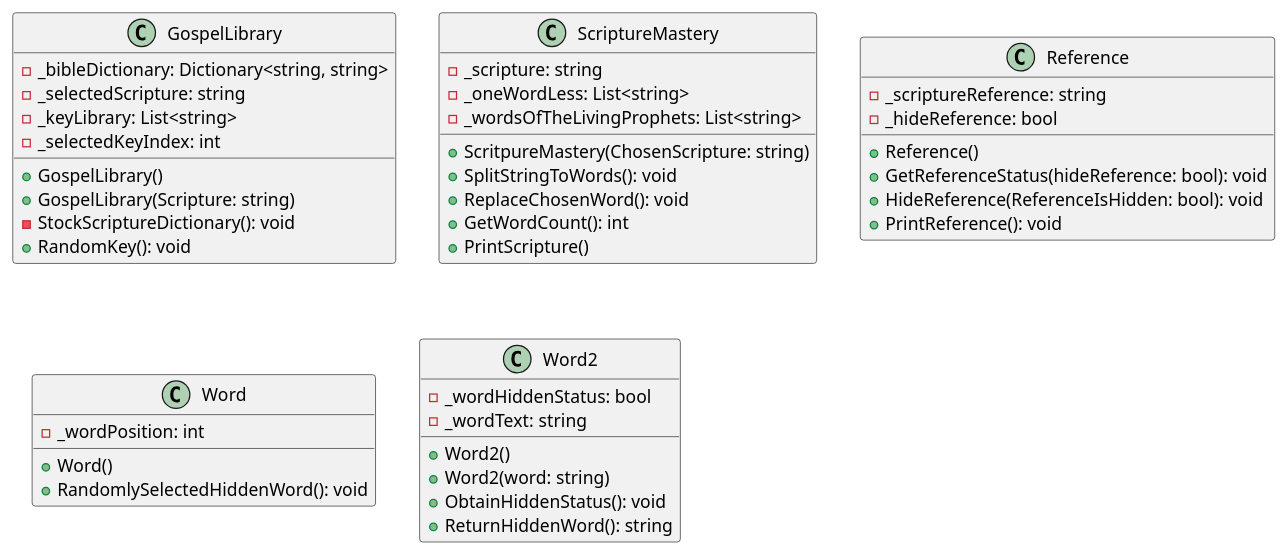
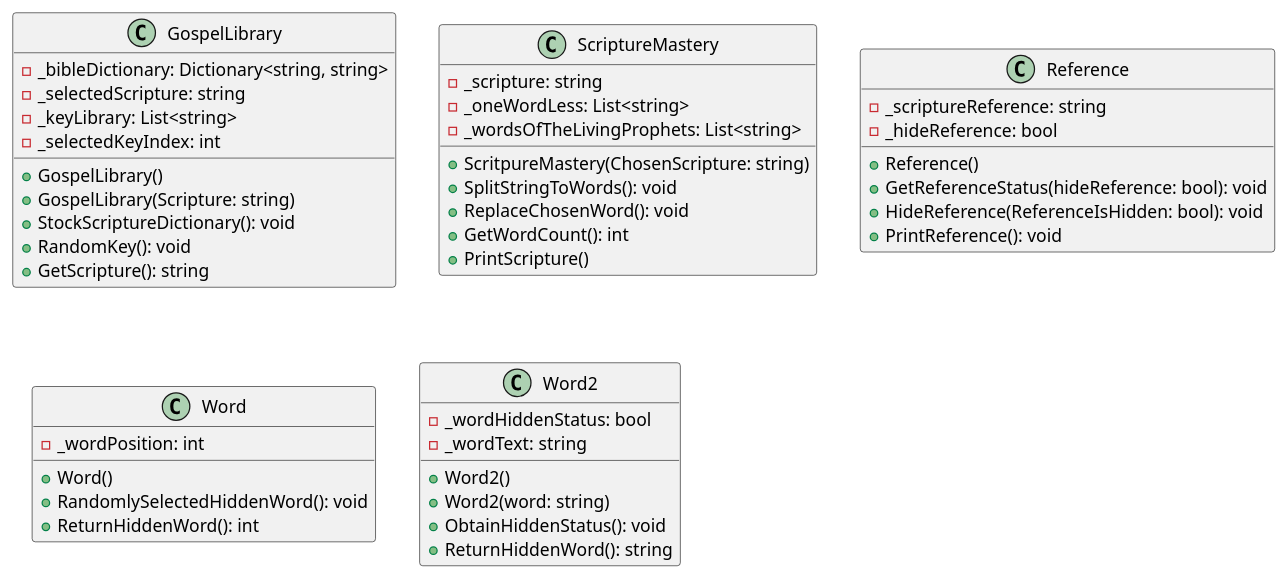
The diagram in prove/Develop03/Class Diagram.plantuml (Dannrey/CSE210-template), drawn with PlantUML before and after one commit.

Commit message:
Added a few more details to the sample classes.

```diff
--- a/prove/Develop03/Class Diagram.plantuml
+++ b/prove/Develop03/Class Diagram.plantuml
@@ -1,75 +1,77 @@
 @startuml None
 'GospelLibrary class
 'Attributes:
 GospelLibrary : -_bibleDictionary: Dictionary<string, string>
 GospelLibrary : -_selectedScripture: string
 GospelLibrary : -_keyLibrary: List<string>
 GospelLibrary : -_selectedKeyIndex: int
 
 'Constructors:
 GospelLibrary : +GospelLibrary()
 GospelLibrary : +GospelLibrary(Scripture: string)
 
 'Methods
-GospelLibrary : -StockScriptureDictionary(): void
+GospelLibrary : +StockScriptureDictionary(): void
 GospelLibrary : +RandomKey(): void
+GospelLibrary : +GetScripture(): string
 
 
 
 'ScriptureMastery class
 'Attributes:
 ScriptureMastery : -_scripture: string
 ScriptureMastery : -_oneWordLess: List<string>
 ScriptureMastery : -_wordsOfTheLivingProphets: List<string>
 
 'Constructors:
 ScriptureMastery : +ScritpureMastery(ChosenScripture: string)
 
 'Methods:
 ScriptureMastery : +SplitStringToWords(): void
 ScriptureMastery : +ReplaceChosenWord(): void
 ScriptureMastery : +GetWordCount(): int
 ScriptureMastery : +PrintScripture()
 
 
 'Reference class
 'Attributes:
 Reference : -_scriptureReference: string
 Reference : -_hideReference: bool
 
 'Constructors:
 Reference : +Reference()
 
 'Methods:
 Reference : +GetReferenceStatus(hideReference: bool): void
 Reference : +HideReference(ReferenceIsHidden: bool): void
 Reference : +PrintReference(): void
 
 
 
 'Word class
 'Attributes:
 Word : -_wordPosition: int
 
 'constructors:
 Word : +Word()
 
 'Methods:
 Word : +RandomlySelectedHiddenWord(): void
+Word : +ReturnHiddenWord(): int
 ' Word : +SetWordStatus(): void
 
 
 
 'Word2 class
 'Attributes
 Word2 : -_wordHiddenStatus: bool
 Word2 : -_wordText: string
 
 'Constructors:
 Word2 : +Word2()
 Word2 : +Word2(word: string)
 
 'Methods:
 Word2 : +ObtainHiddenStatus(): void
 Word2 : +ReturnHiddenWord(): string
 @enduml
```
